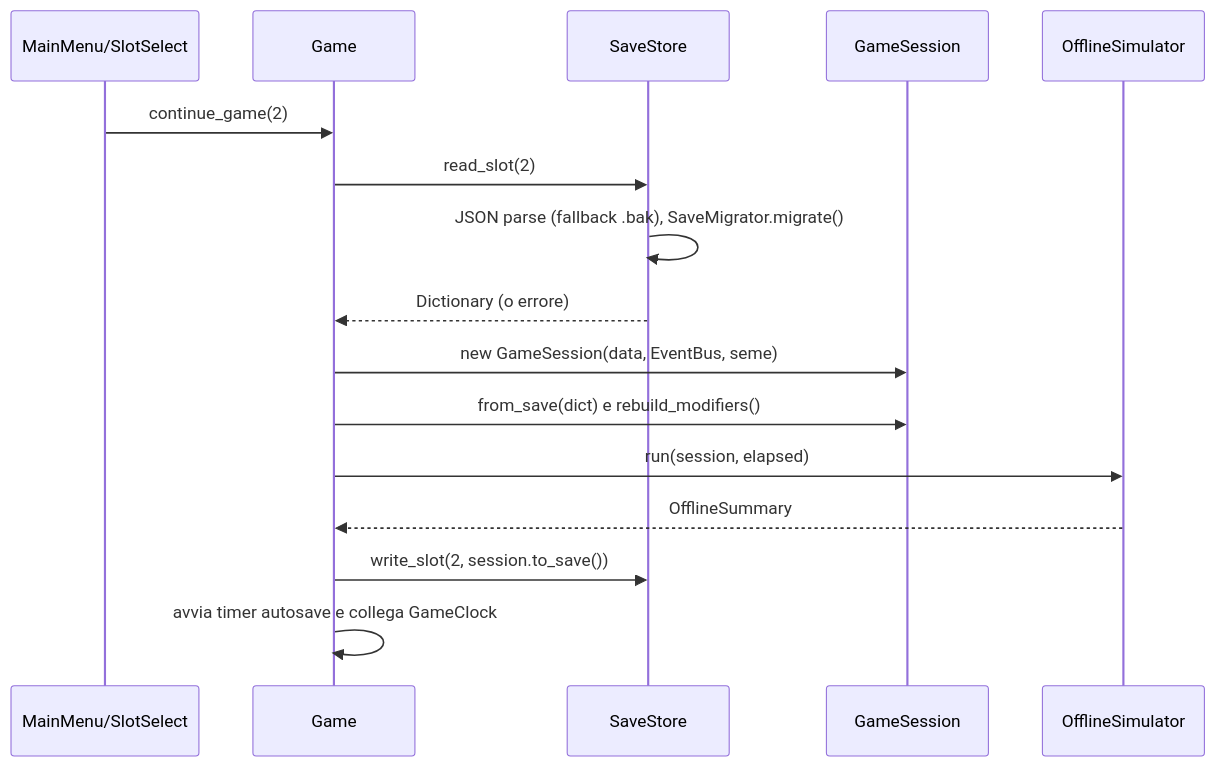
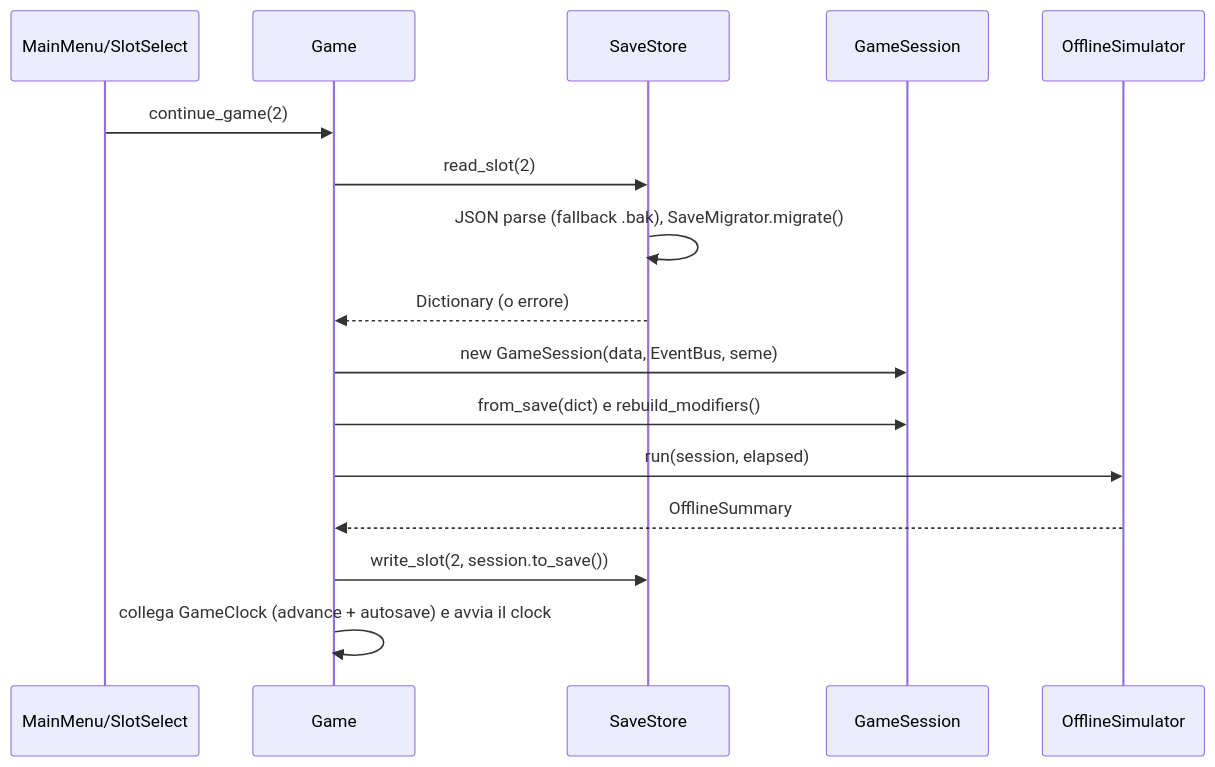
One commit to BriLaLaLa/Rifstone-Saga---Melvor changed the fourth of 6 diagrams in docs/03_ARCHITECTURE.md. Above: the diagram before and after it, drawn with Mermaid. The commit also changed other lines of this file and 2 other files, not shown here.

````diff
--- a/docs/03_ARCHITECTURE.md
+++ b/docs/03_ARCHITECTURE.md
@@ -241,18 +241,18 @@
 ```mermaid
 sequenceDiagram
     participant MM as MainMenu/SlotSelect
     participant G as Game
     participant SS as SaveStore
     participant GS as GameSession
     participant OS as OfflineSimulator
     MM->>G: continue_game(2)
     G->>SS: read_slot(2)
     SS->>SS: JSON parse (fallback .bak), SaveMigrator.migrate()
     SS-->>G: Dictionary (o errore)
     G->>GS: new GameSession(data, EventBus, seme)
     G->>GS: from_save(dict) e rebuild_modifiers()
     G->>OS: run(session, elapsed)
     OS-->>G: OfflineSummary
     G->>SS: write_slot(2, session.to_save())
-    G->>G: avvia timer autosave e collega GameClock
+    G->>G: collega GameClock (advance + autosave) e avvia il clock
 ```
````
